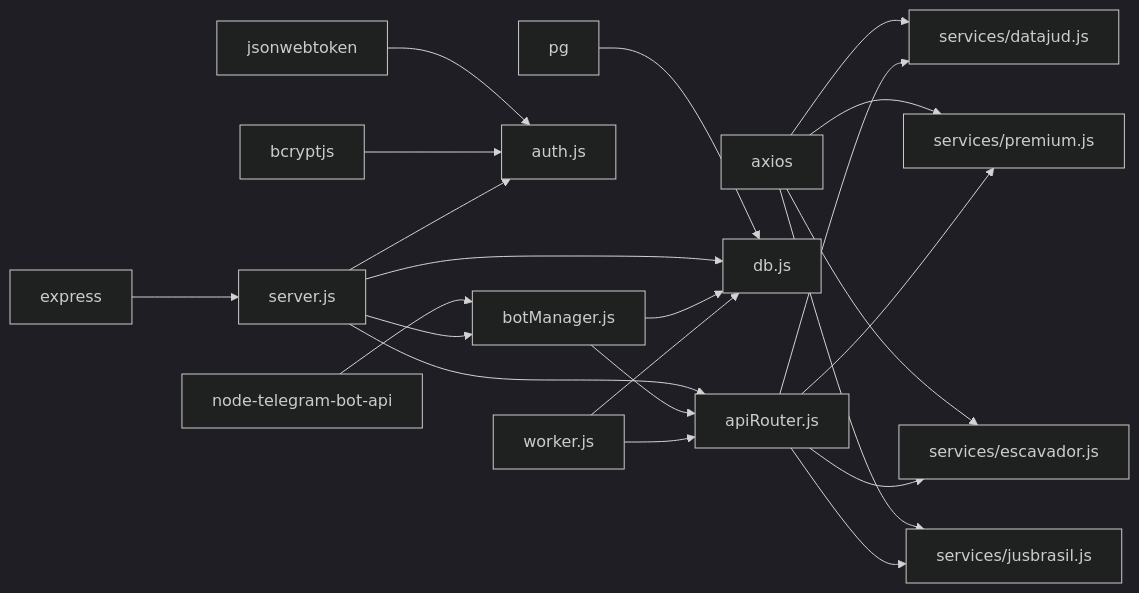
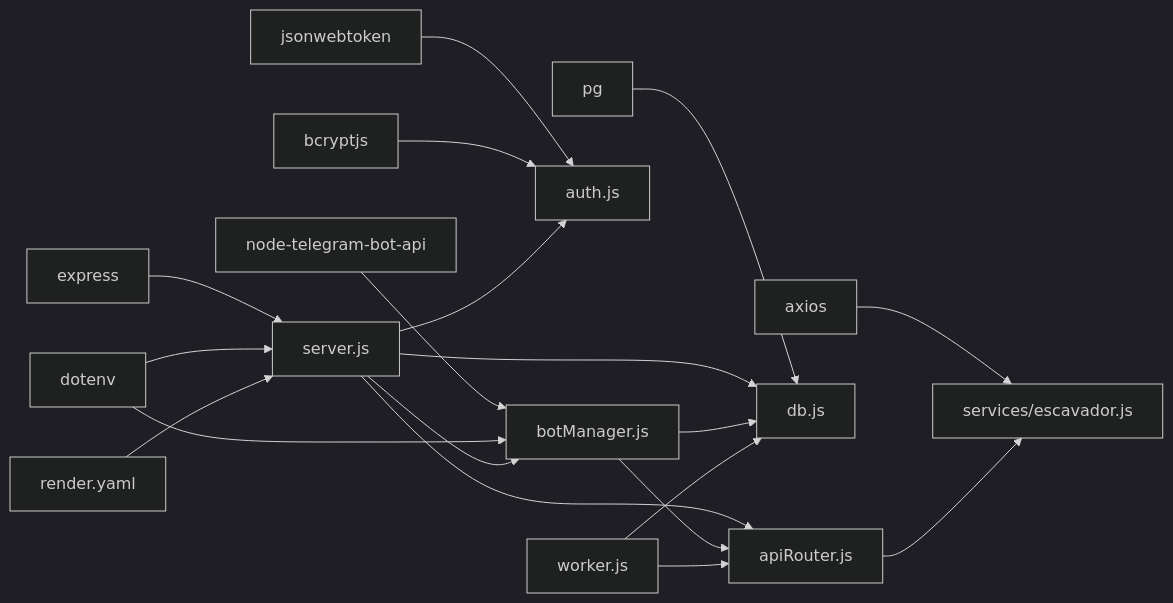
Diagram 11 of 11 in .qoder/repowiki/en/content/Telegram Bot Integration/Telegram Bot Integration.md (Alexandrexicara/bot-processos), drawn with Mermaid (dark theme) before and after one commit. The commit also changed other lines of this file and 6 other files, not shown here.

````diff
--- a/.qoder/repowiki/en/content/Telegram Bot Integration/Telegram Bot Integration.md
+++ b/.qoder/repowiki/en/content/Telegram Bot Integration/Telegram Bot Integration.md
@@ -436,24 +468,21 @@
 ```mermaid
 graph LR
 EX["express"] --> S["server.js"]
 NT["node-telegram-bot-api"] --> BM["botManager.js"]
-AX["axios"] --> DJ["services/datajud.js"]
-AX --> PR["services/premium.js"]
-AX --> ES["services/escavador.js"]
-AX --> JB["services/jusbrasil.js"]
+AX["axios"] --> ES["services/escavador.js"]
 JWT["jsonwebtoken"] --> AU["auth.js"]
 BC["bcryptjs"] --> AU
 PG["pg"] --> DB["db.js"]
+DOT["dotenv"] --> S
+DOT --> BM
 S --> BM
 S --> AR["apiRouter.js"]
 S --> AU
 S --> DB
 BM --> DB
 BM --> AR
-AR --> DJ
-AR --> PR
 AR --> ES
-AR --> JB
 W["worker.js"] --> AR
 W --> DB
+RENDER["render.yaml"] --> S
 ```
````
